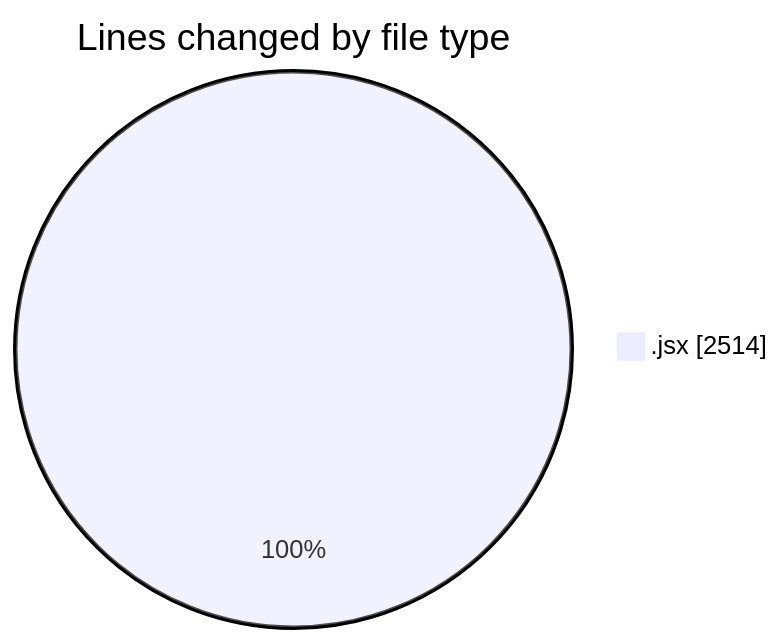
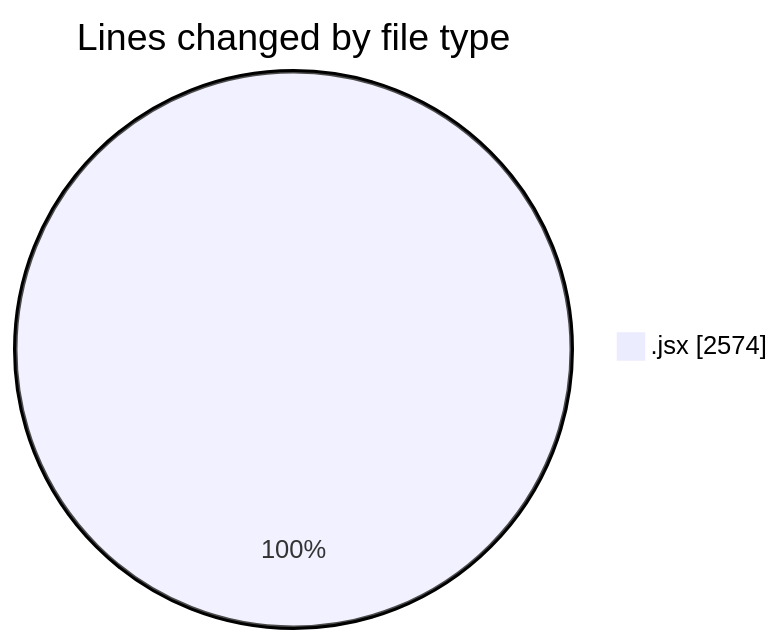
Before and after one commit to nxtqubesakshisongat/code-tracking: the first of 2 diagrams in 2026-01-12/nxtqube_webapp/README.md, drawn with Mermaid. The commit also changed other lines of this file and 1 other file, not shown here.

````diff
--- a/2026-01-12/nxtqube_webapp/README.md
+++ b/2026-01-12/nxtqube_webapp/README.md
@@ -24,5 +24,5 @@
 ```mermaid
 pie showData
 title Lines changed by file type
-".jsx" : 2514
+".jsx" : 2574
 ```
````
